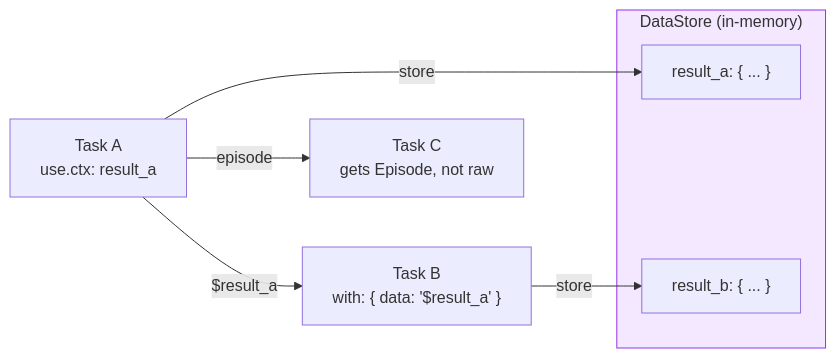
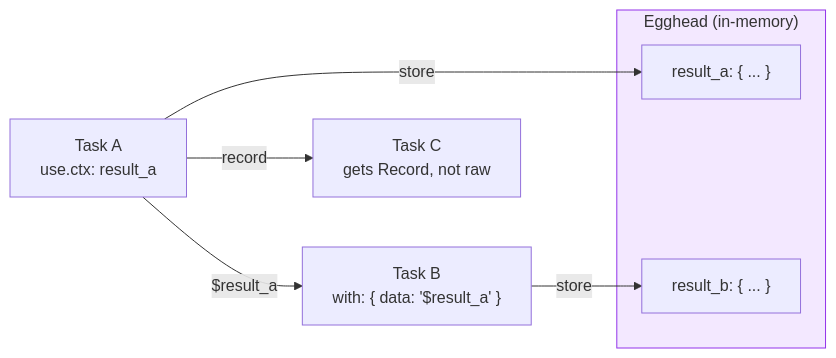
Before and after one commit to supernovae-st/nika: diagram 17 of 23 in docs/brainstorm/nika-evolution/11-nika-030-technical-reference.md, drawn with Mermaid. The commit also changed other lines of this file and 12 other files, not shown here.

````diff
--- a/docs/brainstorm/nika-evolution/11-nika-030-technical-reference.md
+++ b/docs/brainstorm/nika-evolution/11-nika-030-technical-reference.md
@@ -1055,15 +1055,15 @@
 ```mermaid
 flowchart LR
     TA["Task A\nuse.ctx: result_a"] -->|"$result_a"| TB["Task B\nwith: { data: '$result_a' }"]
-    TA -->|"episode"| TC["Task C\ngets Episode, not raw"]
+    TA -->|"record"| TC["Task C\ngets Record, not raw"]
 
-    subgraph DATASTORE["DataStore (in-memory)"]
+    subgraph EGGHEAD["Egghead (in-memory)"]
         DS1["result_a: { ... }"]
         DS2["result_b: { ... }"]
     end
 
     TA -->|store| DS1
     TB -->|store| DS2
 
-    style DATASTORE fill:#f3e8ff,stroke:#9333ea
+    style EGGHEAD fill:#f3e8ff,stroke:#9333ea
 ```
````
